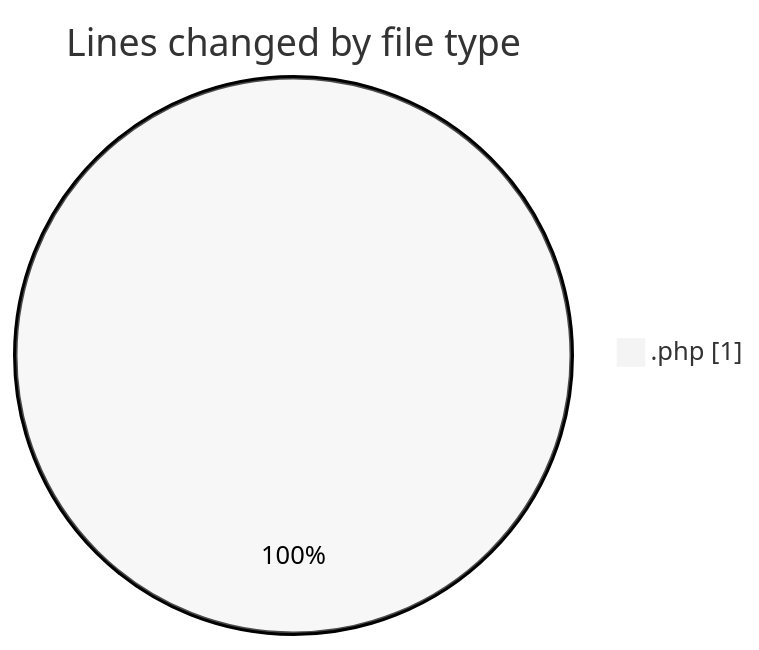
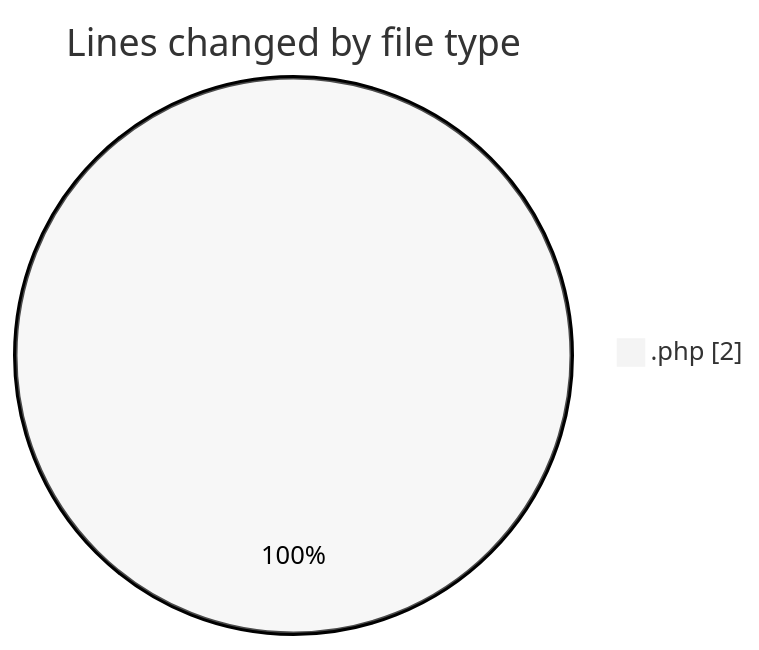
Before and after one commit to LanceThiago/code-tracking: the first of 2 diagrams in 2025-01-15/oficina/README.md, drawn with Mermaid (neutral theme). The commit also changed other lines of this file and 1 other file, not shown here.

````diff
--- a/2025-01-15/oficina/README.md
+++ b/2025-01-15/oficina/README.md
@@ -20,5 +20,5 @@
 ```mermaid
 pie showData
 title Lines changed by file type
-".php" : 1
+".php" : 2
 ```
````
